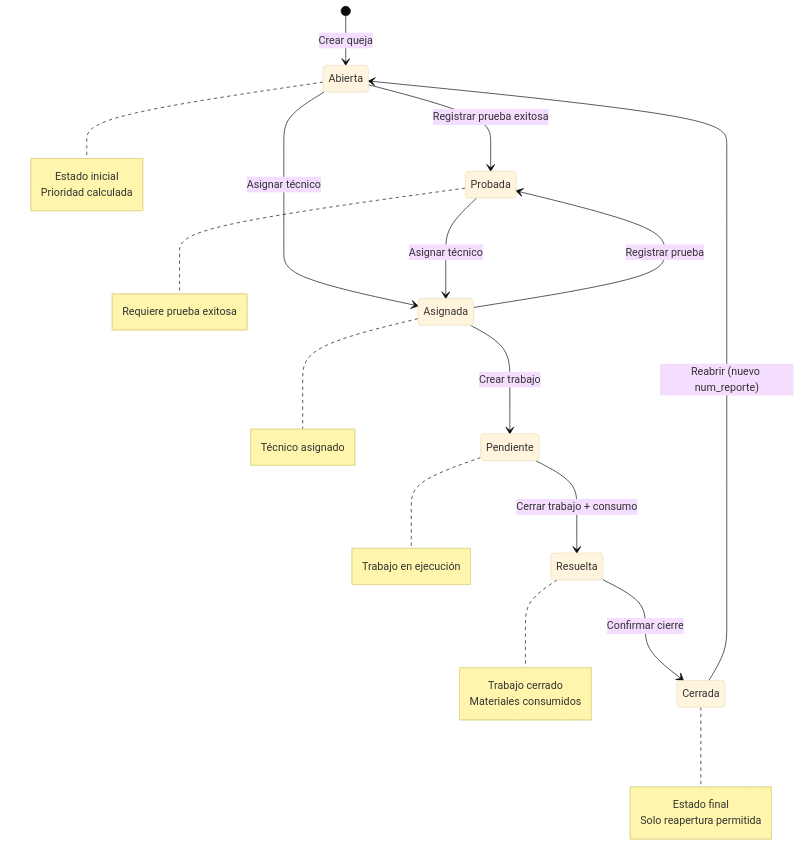
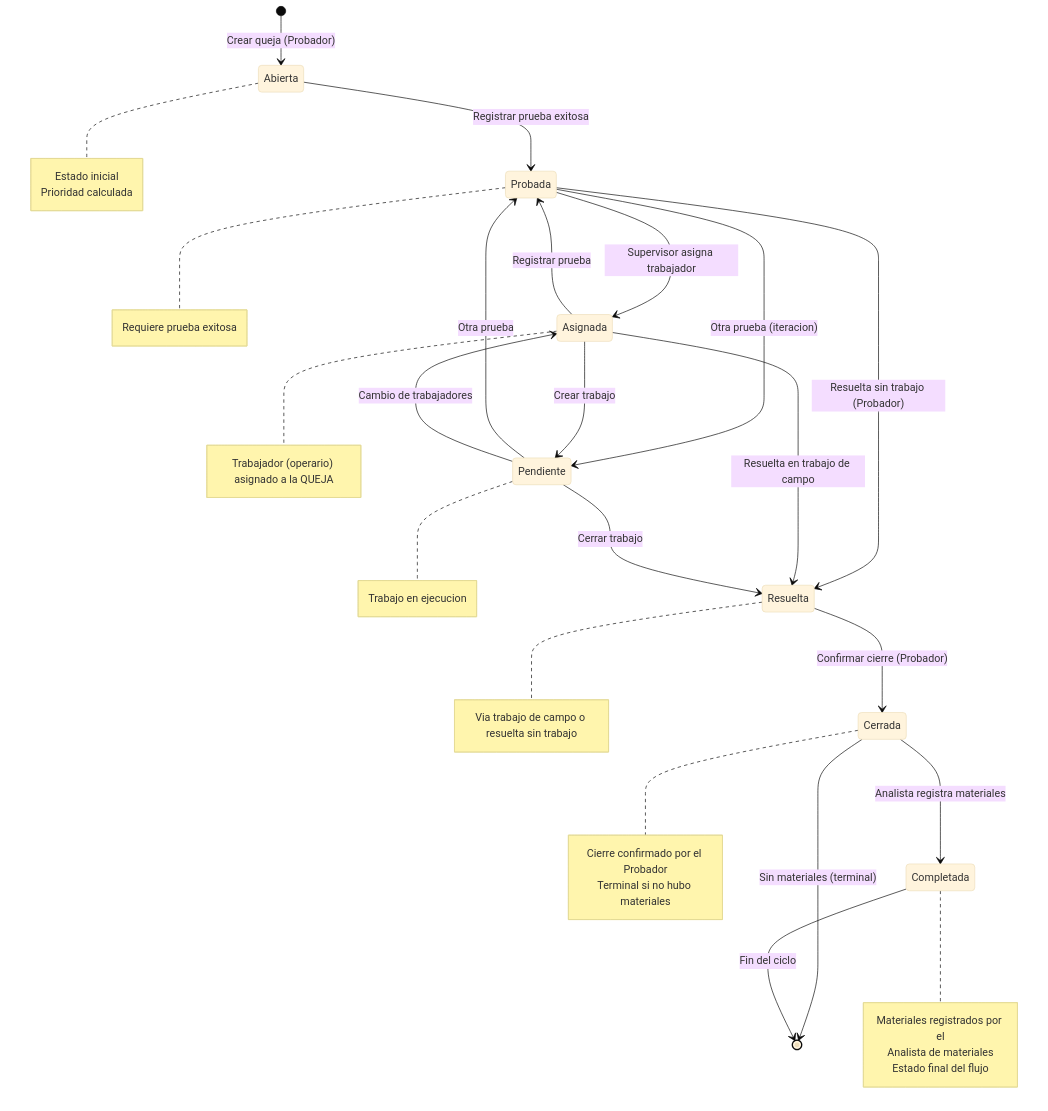
Before and after one commit to ybotet/SISGAD5_1.0: the first of 4 diagrams in docs/09_state_machines.es.md, drawn with Mermaid (base theme). The commit also changed other lines of this file and 1 other file, not shown here.

First line of the commit message:
docs(09): maquinas de estado v2.0 — estado Completada, roles Probador/Supervisor/Analista materiales

````diff
--- a/docs/09_state_machines.es.md
+++ b/docs/09_state_machines.es.md
@@ -45,39 +53,50 @@
 ```mermaid
 stateDiagram-v2
-    [*] --> Abierta: Crear queja
+    [*] --> Abierta: Crear queja (Probador)
     Abierta --> Probada: Registrar prueba exitosa
-    Abierta --> Asignada: Asignar técnico
-    Probada --> Asignada: Asignar técnico
+    Probada --> Asignada: Supervisor asigna trabajador
+    Probada --> Resuelta: Resuelta sin trabajo (Probador)
+    Probada --> Pendiente: Otra prueba (iteracion)
     Asignada --> Pendiente: Crear trabajo
     Asignada --> Probada: Registrar prueba
-    Pendiente --> Resuelta: Cerrar trabajo + consumo
-    Resuelta --> Cerrada: Confirmar cierre
-    Cerrada --> Abierta: Reabrir (nuevo num_reporte)
-    
+    Asignada --> Resuelta: Resuelta en trabajo de campo
+    Pendiente --> Probada: Otra prueba
+    Pendiente --> Asignada: Cambio de trabajadores
+    Pendiente --> Resuelta: Cerrar trabajo
+    Resuelta --> Cerrada: Confirmar cierre (Probador)
+    Cerrada --> Completada: Analista registra materiales
+    Cerrada --> [*]: Sin materiales (terminal)
+    Completada --> [*]: Fin del ciclo
+
     note right of Abierta
         Estado inicial
         Prioridad calculada
     end note
-    
+
     note right of Probada
         Requiere prueba exitosa
     end note
-    
+
     note right of Asignada
-        Técnico asignado
+        Trabajador (operario) asignado a la QUEJA
     end note
-    
+
     note right of Pendiente
-        Trabajo en ejecución
+        Trabajo en ejecucion
     end note
-    
+
     note right of Resuelta
-        Trabajo cerrado
-        Materiales consumidos
+        Via trabajo de campo o resuelta sin trabajo
     end note
-    
+
     note right of Cerrada
-        Estado final
-        Solo reapertura permitida
+        Cierre confirmado por el Probador
+        Terminal si no hubo materiales
+    end note
+
+    note right of Completada
+        Materiales registrados por el
+        Analista de materiales
+        Estado final del flujo
     end note
 ```
````
